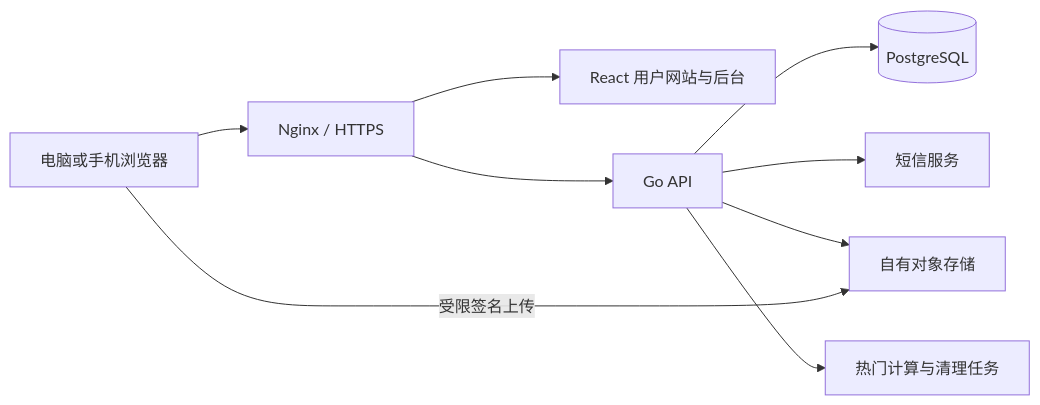
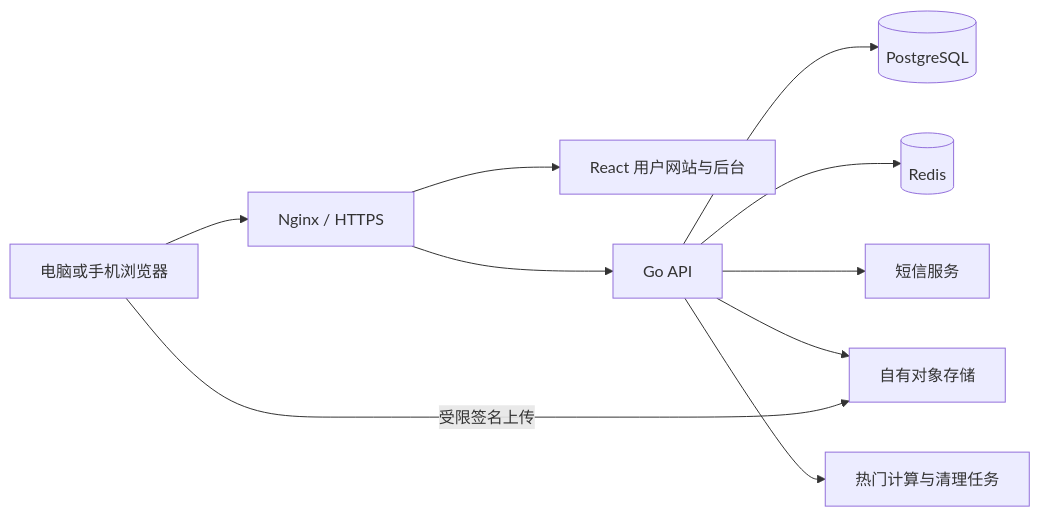
One commit to ZhaoZan010903/QingYeGame changed the diagram in docs/05-technical-architecture.md. Above: the diagram before and after it, drawn with Mermaid. The commit also changed other lines of this file and 12 other files, not shown here.

````diff
--- a/docs/05-technical-architecture.md
+++ b/docs/05-technical-architecture.md
@@ -19,11 +20,12 @@
 ```mermaid
 flowchart LR
     U[电脑或手机浏览器] --> N[Nginx / HTTPS]
     N --> F[React 用户网站与后台]
     N --> G[Go API]
     G --> D[(PostgreSQL)]
+    G --> R[(Redis)]
     G --> S[短信服务]
     G --> O[自有对象存储]
     U -->|受限签名上传| O
     G --> J[热门计算与清理任务]
 ```
````
